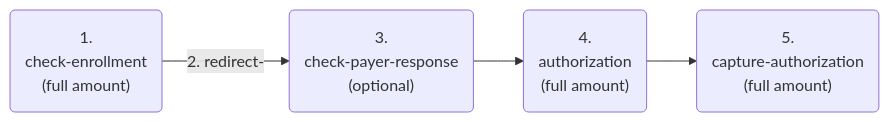
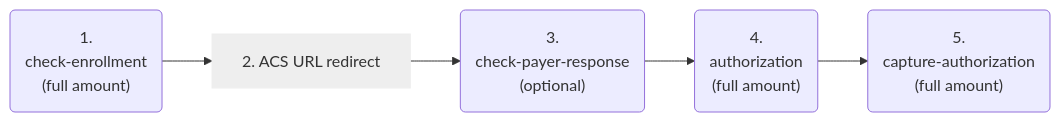
Before and after one commit to wirecard/merchant-documentation-gateway: the second of 17 diagrams in 11-01-09-three-d-secure-two-payment-flows.adoc, drawn with Mermaid. The commit also changed other lines of this file, not shown here.

Commit message:
Update payment flow graphics

```diff
--- a/11-01-09-three-d-secure-two-payment-flows.adoc
+++ b/11-01-09-three-d-secure-two-payment-flows.adoc
@@ -160,7 +163,10 @@
 [mermaid,API_CC_3DS2_PaymentFlows_OneTimePaymentTransaction_TwoStep,svg,width=60]
 ----
 graph LR
-A("<center>1.<br>check-enrollment<br>(full amount)</center>")-->|2. redirect-|B("<center>3.<br>check-payer-response<br>(optional)</center>")
-B--> C("<center>4.<br>authorization<br>(full amount)</center>")
-C-->D("<center>5.<br>capture-authorization<br>(full amount)</center>")
+A("<center>1.<br>check-enrollment<br>(full amount)</center>")-->B
+B["<center>2. ACS URL redirect</center>"]-->C
+C("<center>3.<br>check-payer-response<br>(optional)</center>")-->D
+D("<center>4.<br>authorization<br>(full amount)</center>")-->E
+E("<center>5.<br>capture-authorization<br>(full amount)</center>")
+style B fill:#eee, stroke:#eee
 ----
```
